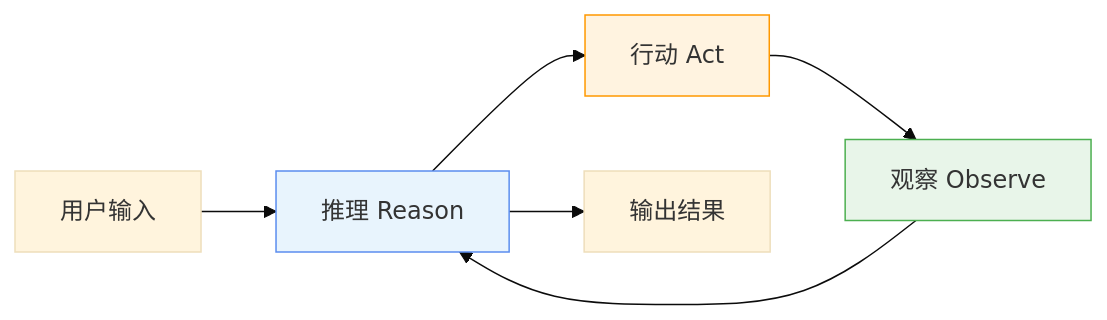
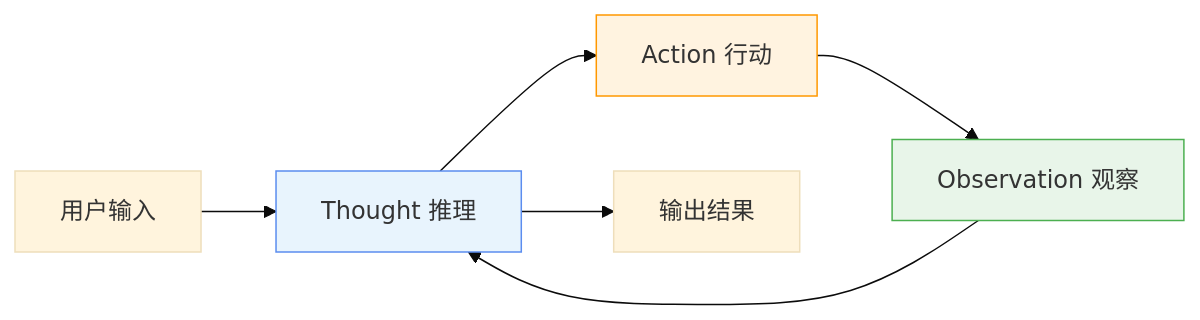
The first of 2 diagrams in guide/ch01-what-is-agent/index.md (zhangluka/pi-agent-tutorial), drawn with Mermaid (base theme) before and after one commit. The commit also changed other lines of this file and 15 other files, not shown here.

````diff
--- a/guide/ch01-what-is-agent/index.md
+++ b/guide/ch01-what-is-agent/index.md
@@ -26,12 +26,12 @@
 ```mermaid
 graph LR
-    A[用户输入] --> B[推理 Reason]
-    B --> C[行动 Act]
-    C --> D[观察 Observe]
+    A[用户输入] --> B[Thought 推理]
+    B --> C[Action 行动]
+    C --> D[Observation 观察]
     D --> B
     B --> E[输出结果]
     
     style B fill:#e8f4fd,stroke:#5b8def
     style C fill:#fff3e0,stroke:#ff9800
     style D fill:#e8f5e9,stroke:#4caf50
 ```
````
